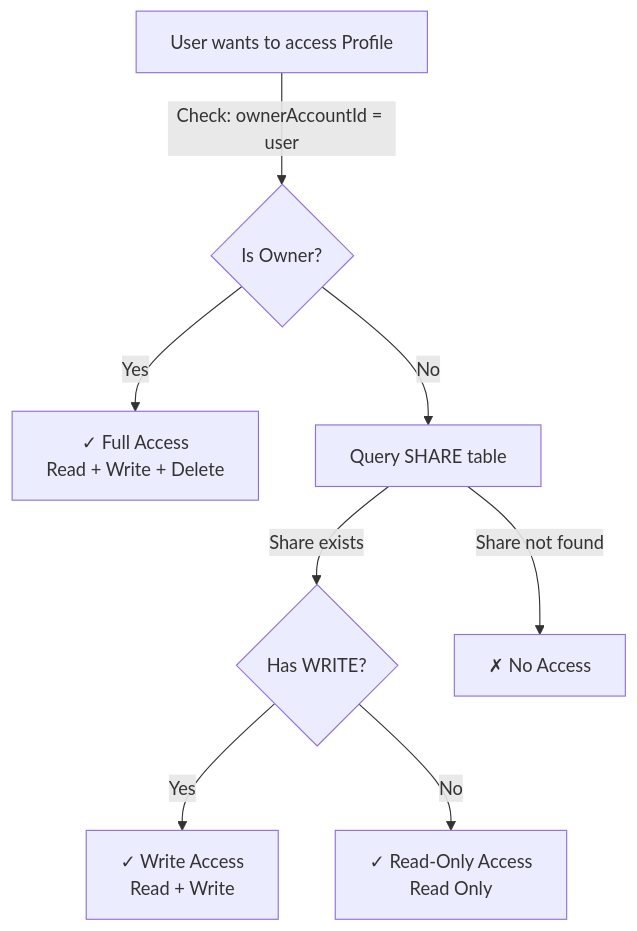
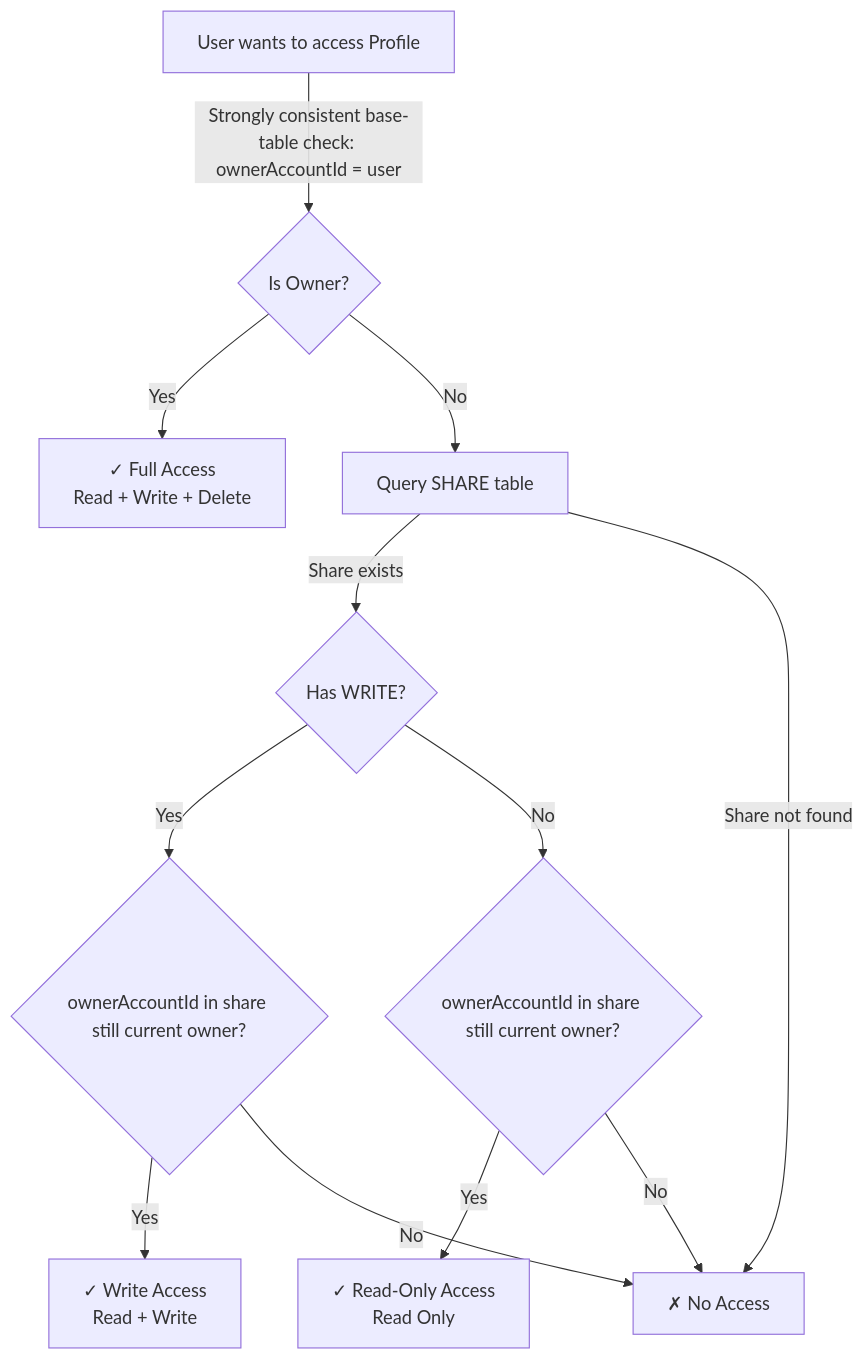
Before and after one commit to dmeiser/kernelworx: the tenth of 13 diagrams in docs/SCHEMA.md, drawn with Mermaid. The commit also changed other lines of this file and 5 other files, not shown here.

First line of the commit message:
fix(auth): reject stale shares and use consistent reads for profile authorization (#250)

````diff
--- a/docs/SCHEMA.md
+++ b/docs/SCHEMA.md
@@ -303,10 +306,14 @@
 ```mermaid
 graph TD
-    A["User wants to access Profile"] -->|Check: ownerAccountId = user| B{Is Owner?}
+    A["User wants to access Profile"] -->|Strongly consistent base-table check: ownerAccountId = user| B{Is Owner?}
     B -->|Yes| C["✓ Full Access<br/>Read + Write + Delete"]
     B -->|No| D["Query SHARE table"]
     D -->|Share exists| E{Has WRITE?}
     D -->|Share not found| F["✗ No Access"]
-    E -->|Yes| G["✓ Write Access<br/>Read + Write"]
-    E -->|No| H["✓ Read-Only Access<br/>Read Only"]
+    E -->|Yes| G{"ownerAccountId in share still current owner?"}
+    E -->|No| H{"ownerAccountId in share still current owner?"}
+    G -->|Yes| I["✓ Write Access<br/>Read + Write"]
+    G -->|No| F
+    H -->|Yes| J["✓ Read-Only Access<br/>Read Only"]
+    H -->|No| F
 ```
````
